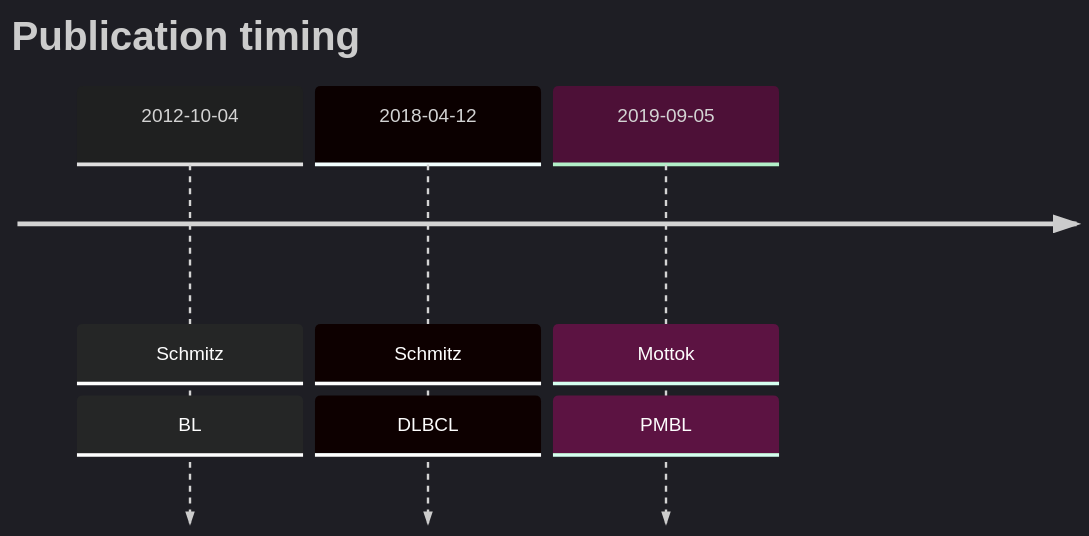
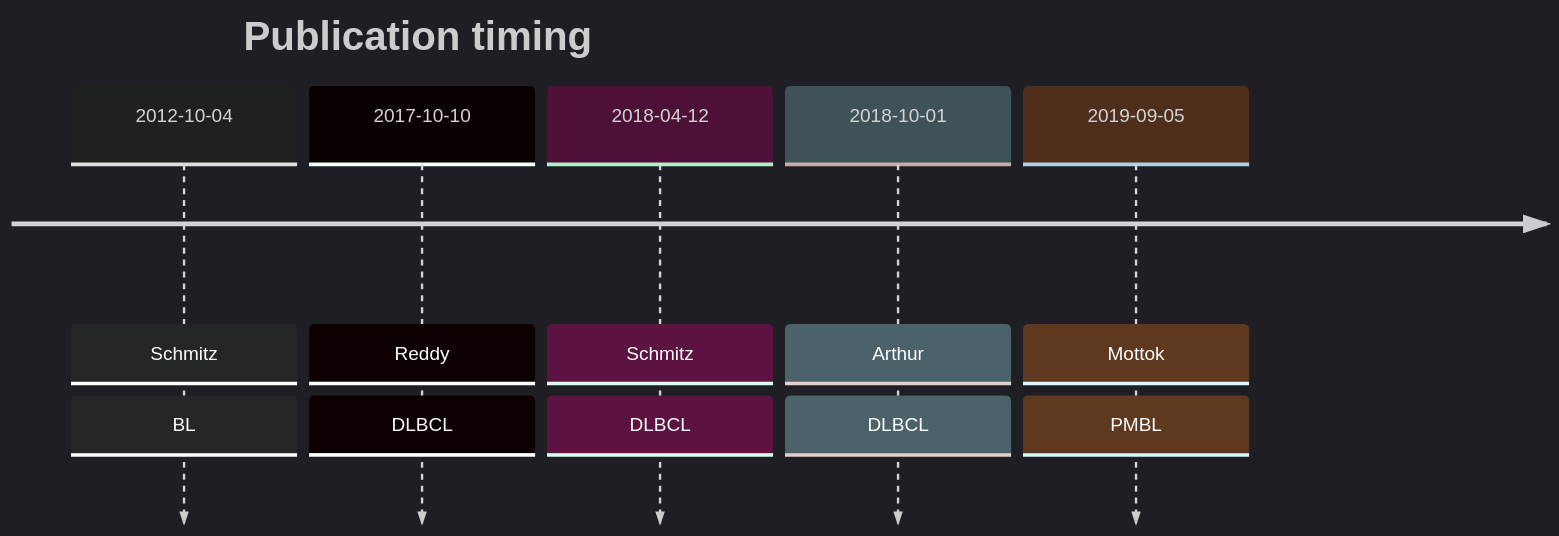
The diagram in DDX3X.md (morinlab/lymphopedia), drawn with Mermaid before and after one commit. The commit also changed other lines of this file, not shown here.

````diff
--- a/DDX3X.md
+++ b/DDX3X.md
@@ -13,8 +13,10 @@
 ```mermaid
 %%{init: { 'logLevel': 'debug', 'theme': 'dark' } }%%
 timeline
     title Publication timing
-      2012-10-04 : Schmitz : BL
-      2018-04-12 : Schmitz : DLBCL
-      2019-09-05 : Mottok : PMBL
+2012-10-04 : Schmitz : BL 
+2017-10-10 : Reddy : DLBCL
+2018-04-12 : Schmitz : DLBCL
+2018-10-01 : Arthur : DLBCL
+2019-09-05 : Mottok : PMBL
 ```
````
